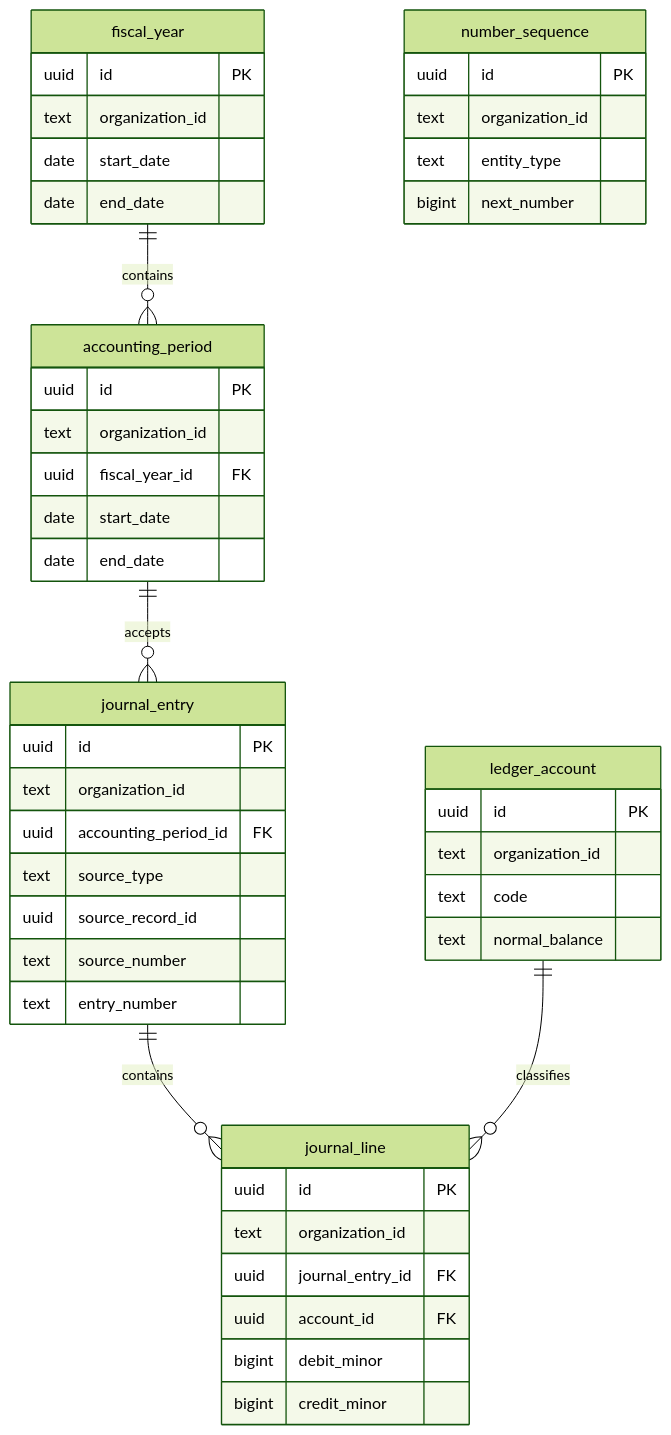
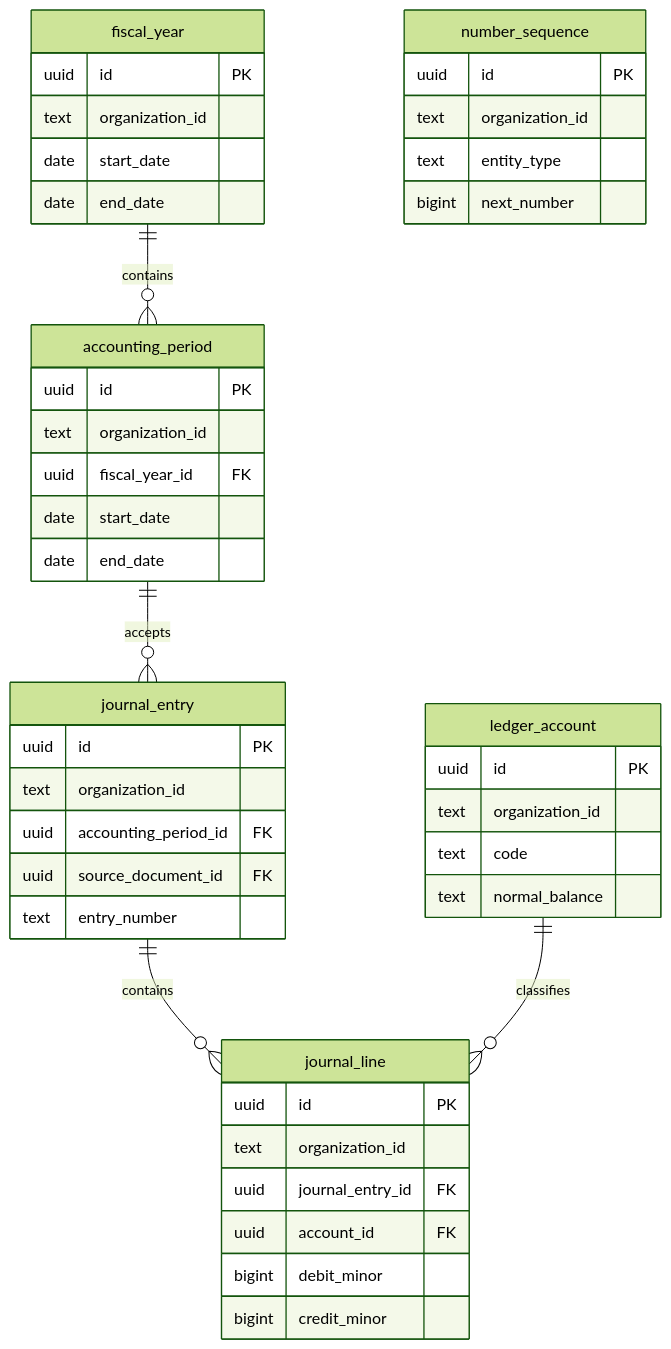
One commit to isherbuilds/edernal-books changed the fourth of 5 diagrams in packages/db/ARCHITECTURE.md. Above: the diagram before and after it, drawn with Mermaid (forest theme). The commit also changed other lines of this file and 13 other files, not shown here.

````diff
--- a/packages/db/ARCHITECTURE.md
+++ b/packages/db/ARCHITECTURE.md
@@ -236,49 +247,47 @@
 ```mermaid
 erDiagram
   fiscal_year {
     uuid id PK
     text organization_id
     date start_date
     date end_date
   }
   accounting_period {
     uuid id PK
     text organization_id
     uuid fiscal_year_id FK
     date start_date
     date end_date
   }
   ledger_account {
     uuid id PK
     text organization_id
     text code
     text normal_balance
   }
   number_sequence {
     uuid id PK
     text organization_id
     text entity_type
     bigint next_number
   }
   journal_entry {
     uuid id PK
     text organization_id
     uuid accounting_period_id FK
-    text source_type
-    uuid source_record_id
-    text source_number
+    uuid source_document_id FK
     text entry_number
   }
   journal_line {
     uuid id PK
     text organization_id
     uuid journal_entry_id FK
     uuid account_id FK
     bigint debit_minor
     bigint credit_minor
   }
   fiscal_year ||--o{ accounting_period : contains
   accounting_period ||--o{ journal_entry : accepts
   journal_entry ||--o{ journal_line : contains
   ledger_account ||--o{ journal_line : classifies
 ```
````
